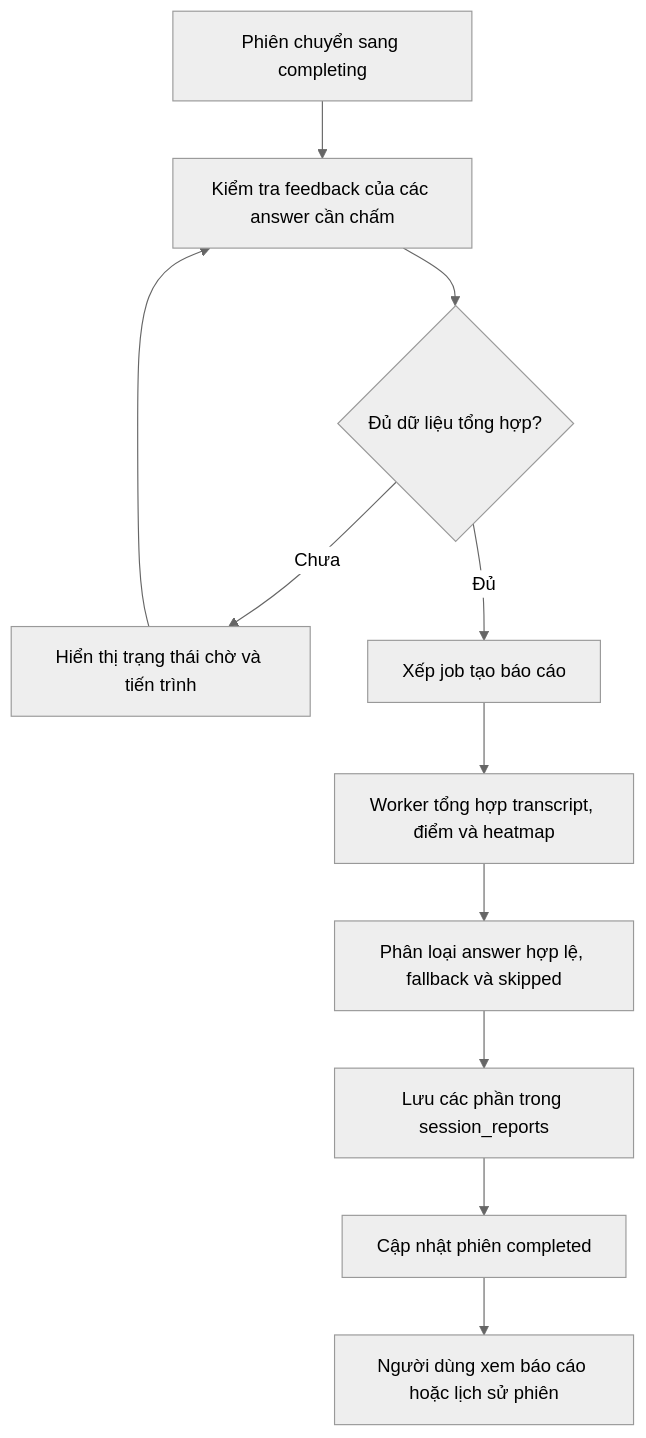
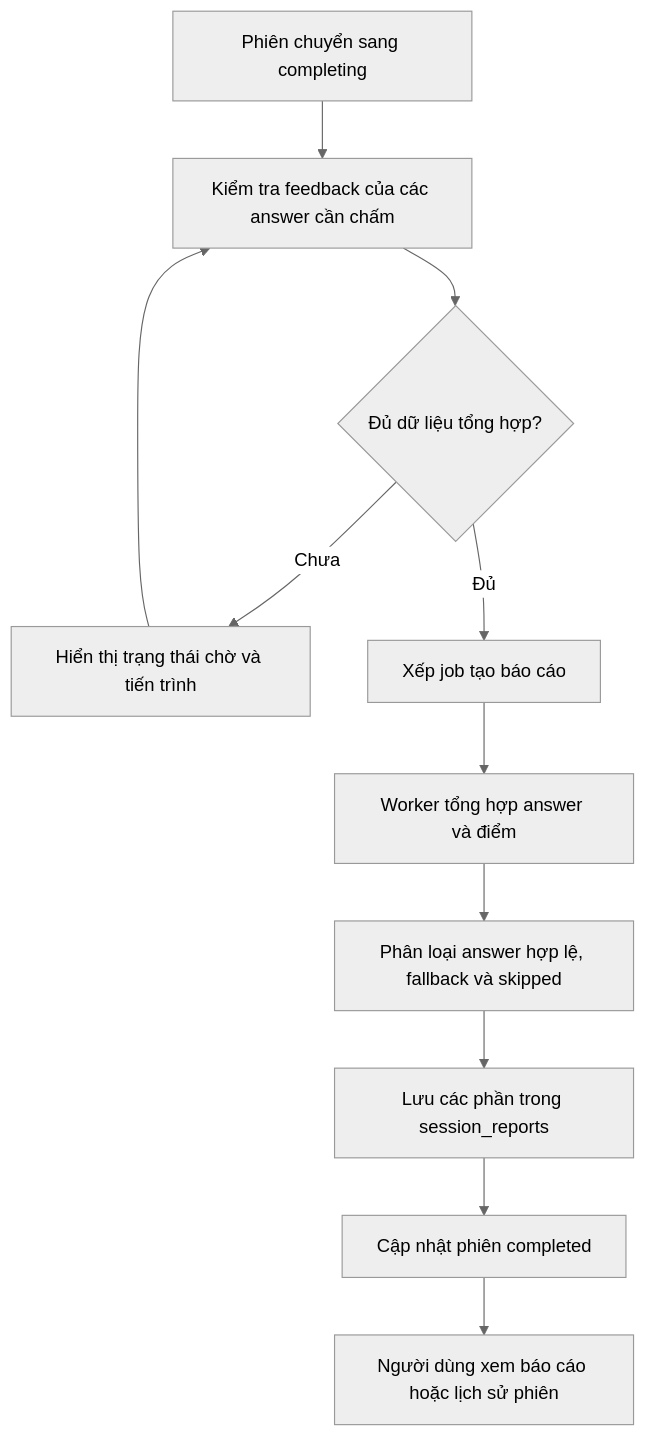
Before and after one commit to lethanhan01/interview-coach: diagram 14 of 18 in docs/final_report/Chuong4.md, drawn with Mermaid (neutral theme). The commit also changed other lines of this file and 2 other files, not shown here.

````diff
--- a/docs/final_report/Chuong4.md
+++ b/docs/final_report/Chuong4.md
@@ -826,13 +917,13 @@
 ```mermaid
     flowchart TD
         A[Phiên chuyển sang completing] --> B[Kiểm tra feedback của các answer cần chấm]
         B --> C{Đủ dữ liệu tổng hợp?}
         C -->|Chưa| D[Hiển thị trạng thái chờ và tiến trình]
         C -->|Đủ| E[Xếp job tạo báo cáo]
-        E --> F[Worker tổng hợp transcript, điểm và heatmap]
+        E --> F[Worker tổng hợp answer và điểm]
         F --> G[Phân loại answer hợp lệ, fallback và skipped]
         G --> H[Lưu các phần trong session_reports]
         H --> I[Cập nhật phiên completed]
         I --> J[Người dùng xem báo cáo hoặc lịch sử phiên]
         D --> B
 ```
````
